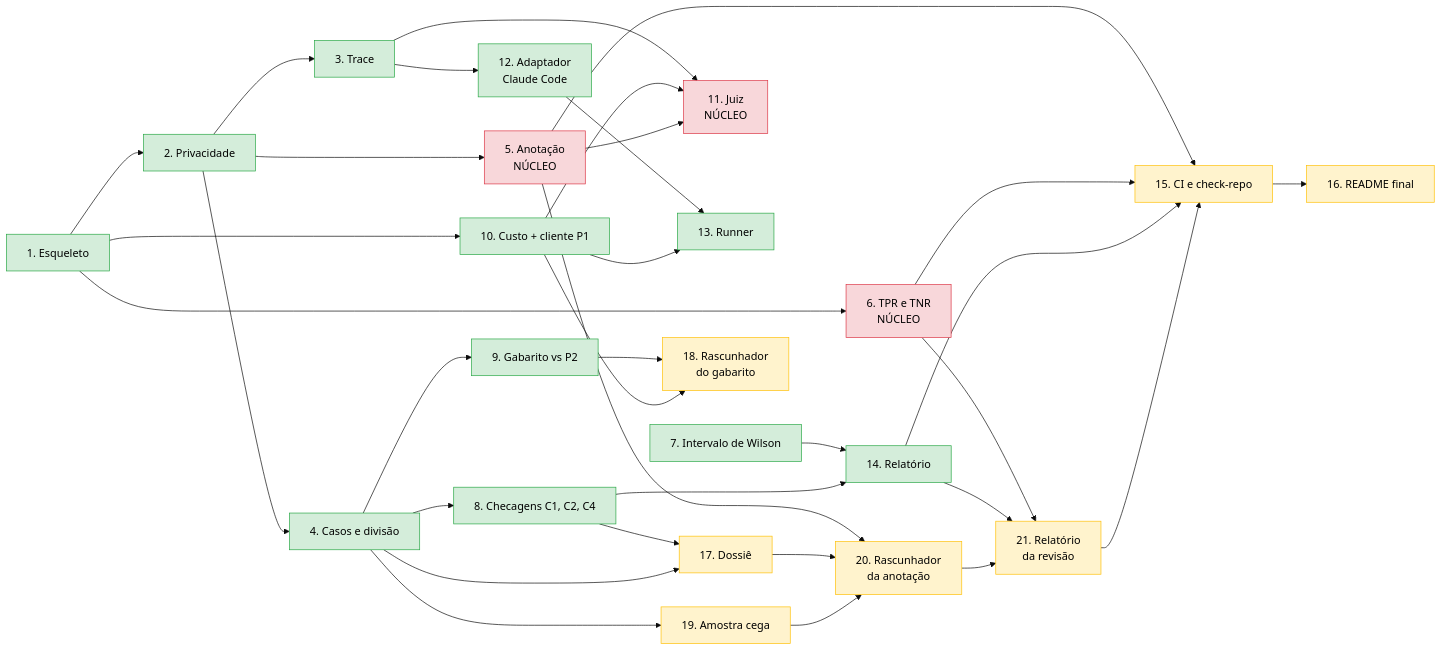
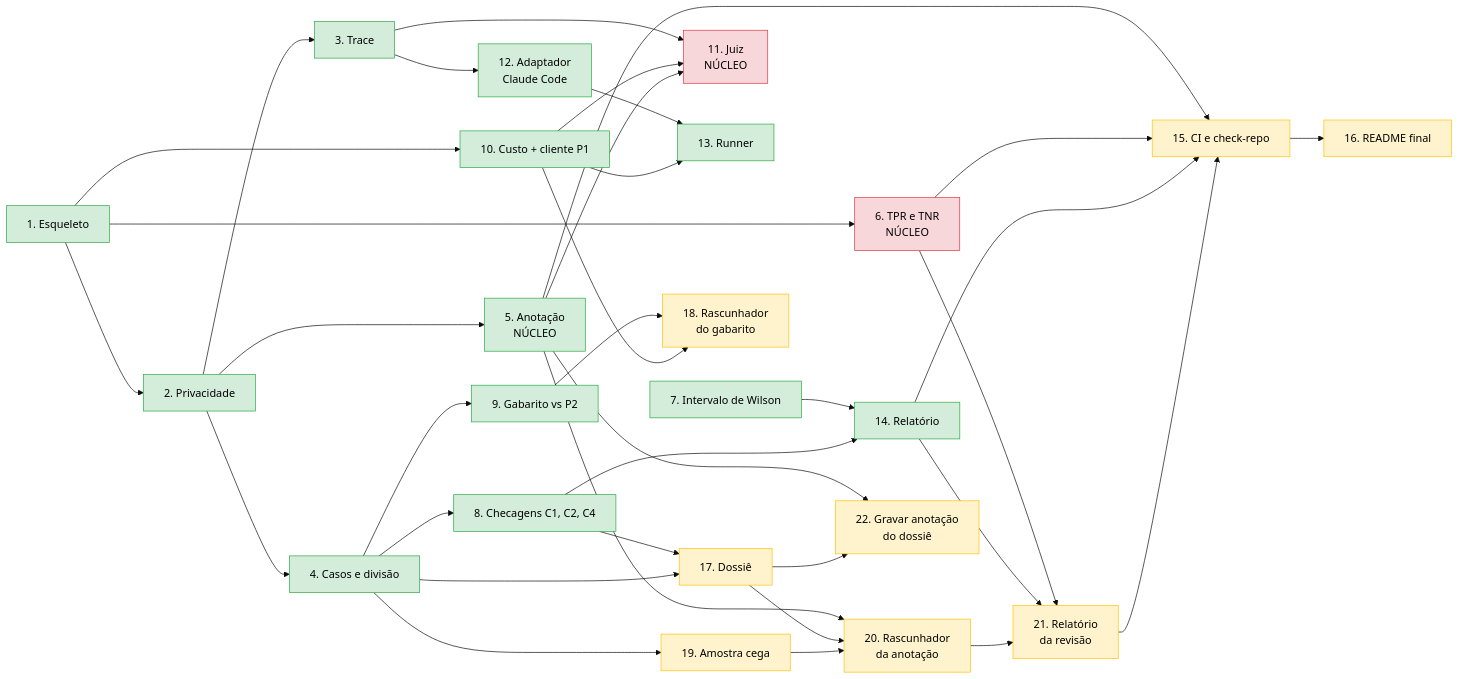
Before and after one commit to CristianonCarvalho/harness-p3-evals: the diagram in docs/diagramas/09-ordem-das-tarefas.md, drawn with Mermaid (base theme). The commit also changed other lines of this file and 3 other files, not shown here.

````diff
--- a/docs/diagramas/09-ordem-das-tarefas.md
+++ b/docs/diagramas/09-ordem-das-tarefas.md
@@ -5,47 +5,49 @@
 ```mermaid
 flowchart LR
     t1["1. Esqueleto"] --> t2["2. Privacidade"]
     t2 --> t3["3. Trace"]
     t2 --> t4["4. Casos e divisão"]
     t4 --> t8["8. Checagens C1, C2, C4"]
     t7["7. Intervalo de Wilson"] --> t14["14. Relatório"]
     t8 --> t14
     t4 --> t9["9. Gabarito vs P2"]
     t1 --> t10["10. Custo + cliente P1"]
 
     t2 --> t5["5. Anotação<br/>NÚCLEO"]
     t1 --> t6["6. TPR e TNR<br/>NÚCLEO"]
     t3 --> t11["11. Juiz<br/>NÚCLEO"]
     t10 --> t11
     t5 --> t11
 
     t3 --> t12["12. Adaptador<br/>Claude Code"]
     t12 --> t13["13. Runner"]
     t10 --> t13
 
     t5 --> t15["15. CI e check-repo"]
     t6 --> t15
     t14 --> t15
     t15 --> t16["16. README final"]
 
     t8 --> t17["17. Dossiê"]
     t4 --> t17
     t9 --> t18["18. Rascunhador<br/>do gabarito"]
     t10 --> t18
     t4 --> t19["19. Amostra cega"]
     t5 --> t20["20. Rascunhador<br/>da anotação"]
     t17 --> t20
     t19 --> t20
     t6 --> t21["21. Relatório<br/>da revisão"]
     t14 --> t21
     t20 --> t21
     t21 --> t15
+    t5 --> t22["22. Gravar anotação<br/>do dossiê"]
+    t17 --> t22
 
     classDef feito fill:#d4edda,stroke:#28a745,color:#000
     classDef falta fill:#fff3cd,stroke:#ffc107,color:#000
     classDef seu fill:#f8d7da,stroke:#dc3545,color:#000
 
-    class t1,t2,t3,t4,t7,t8,t9,t10,t12,t13,t14 feito
-    class t15,t16,t17,t18,t19,t20,t21 falta
-    class t5,t6,t11 seu
+    class t1,t2,t3,t4,t5,t7,t8,t9,t10,t12,t13,t14 feito
+    class t15,t16,t17,t18,t19,t20,t21,t22 falta
+    class t6,t11 seu
 ```
````
